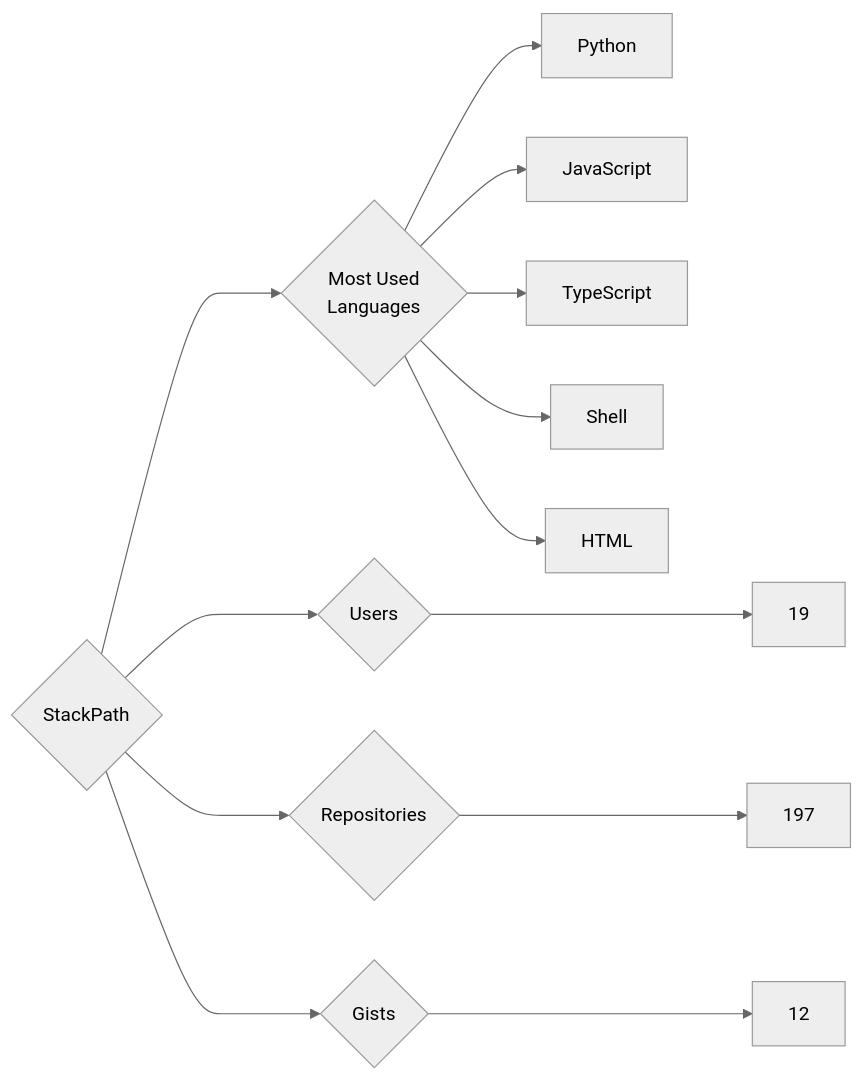
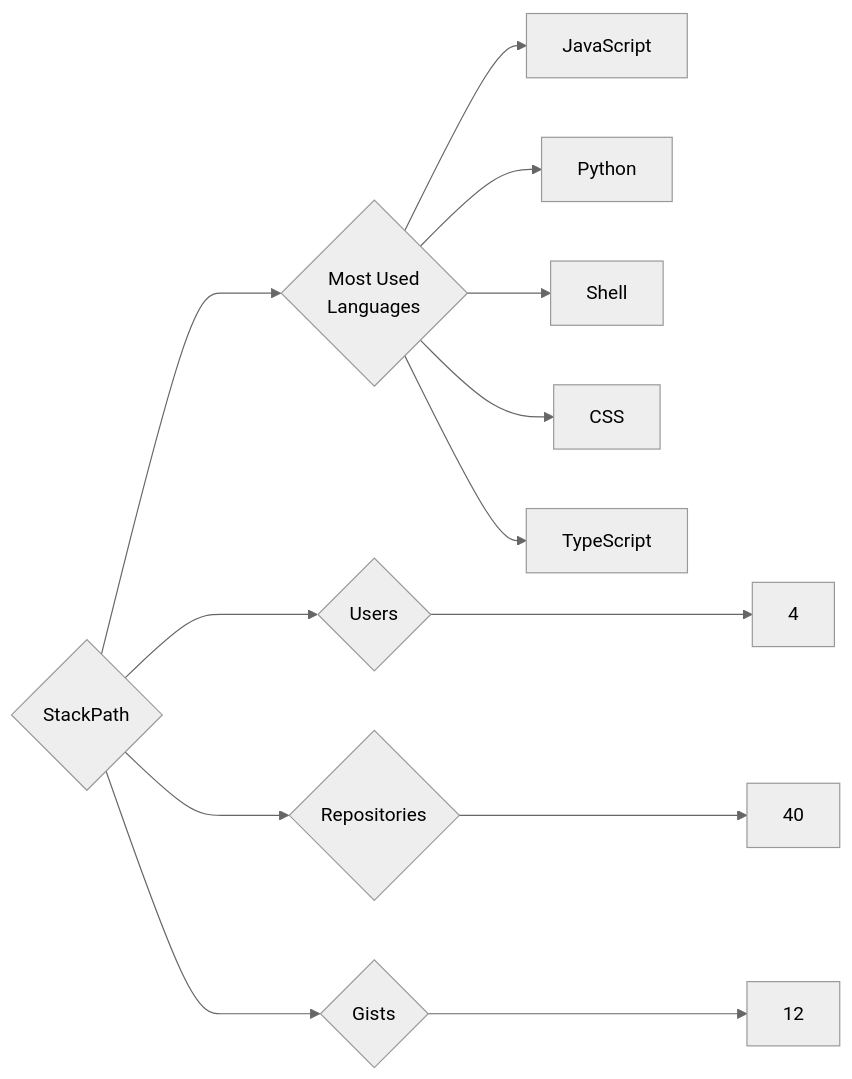
One commit to trickest/insiders changed the diagram in targets/StackPath/README.md. Above: the diagram before and after it, drawn with Mermaid (neutral theme). The commit also changed 976 other files, not shown here.

````diff
--- a/targets/StackPath/README.md
+++ b/targets/StackPath/README.md
@@ -3,13 +3,13 @@
 ```mermaid
 graph LR
 COMPANY_NAME{StackPath}
-COMPANY_NAME ---> U{Users} ---> UN[19]
-COMPANY_NAME ---> R{Repositories} ---> RN[197]
+COMPANY_NAME ---> U{Users} ---> UN[4]
+COMPANY_NAME ---> R{Repositories} ---> RN[40]
 COMPANY_NAME ---> G{Gists} ---> GN[12]
 COMPANY_NAME ---> ML{Most Used<br>Languages}
+ML --> JavaScript[JavaScript]
 ML --> Python[Python]
-ML --> JavaScript[JavaScript]
+ML --> Shell[Shell]
+ML --> CSS[CSS]
 ML --> TypeScript[TypeScript]
-ML --> Shell[Shell]
-ML --> HTML[HTML]
 ```
````
